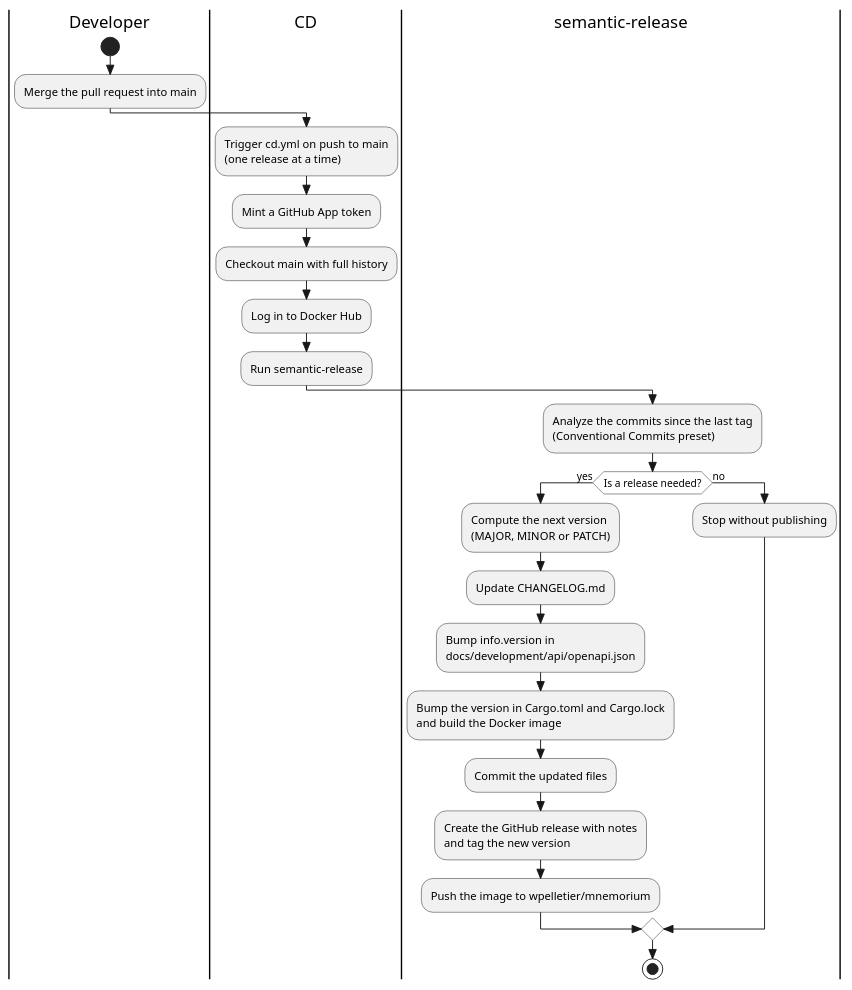
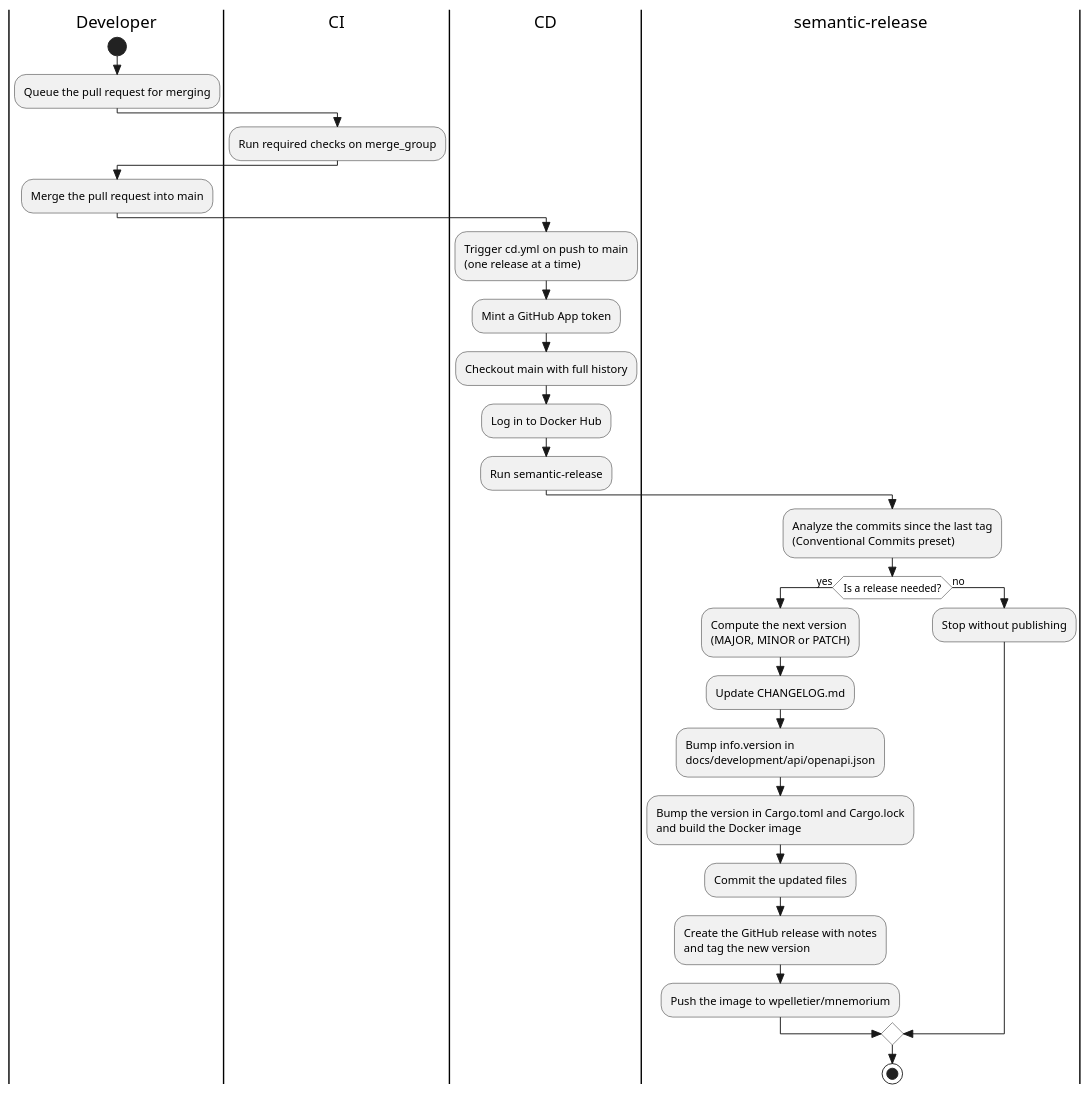
One commit to Mnemorium/mnemorium changed the second of 2 diagrams in docs/development/Overview.md. Above: the diagram before and after it, drawn with PlantUML. The commit also changed other lines of this file and 1 other file, not shown here.

Commit message:
ci(github): run required checks on the merge queue
Trigger the CI workflow on merge_group so the required checks report on the merge-group ref, and guard the PR-only jobs/steps (gatekeeper, docs-only, review) plus the semgrep baseline against the absent pull_request payload. Document the merge-queue gate in the release flow.

````diff
--- a/docs/development/Overview.md
+++ b/docs/development/Overview.md
@@ -420,32 +422,38 @@
 ```puml
 @startuml
 skinparam style strictuml
 skinparam activityDiamondBackgroundColor #FFFFFF
 
 |Developer|
 start
+:Queue the pull request for merging;
+
+|CI|
+:Run required checks on merge_group;
+
+|Developer|
 :Merge the pull request into main;
 
 |CD|
 :Trigger cd.yml on push to main\n(one release at a time);
 :Mint a GitHub App token;
 :Checkout main with full history;
 :Log in to Docker Hub;
 :Run semantic-release;
 
 |semantic-release|
 :Analyze the commits since the last tag\n(Conventional Commits preset);
 if (Is a release needed?) then (yes)
   :Compute the next version\n(MAJOR, MINOR or PATCH);
   :Update CHANGELOG.md;
   :Bump info.version in\ndocs/development/api/openapi.json;
   :Bump the version in Cargo.toml and Cargo.lock\nand build the Docker image;
   :Commit the updated files;
   :Create the GitHub release with notes\nand tag the new version;
   :Push the image to wpelletier/mnemorium;
 else (no)
   :Stop without publishing;
 endif
 stop
 @enduml
 ```
````
